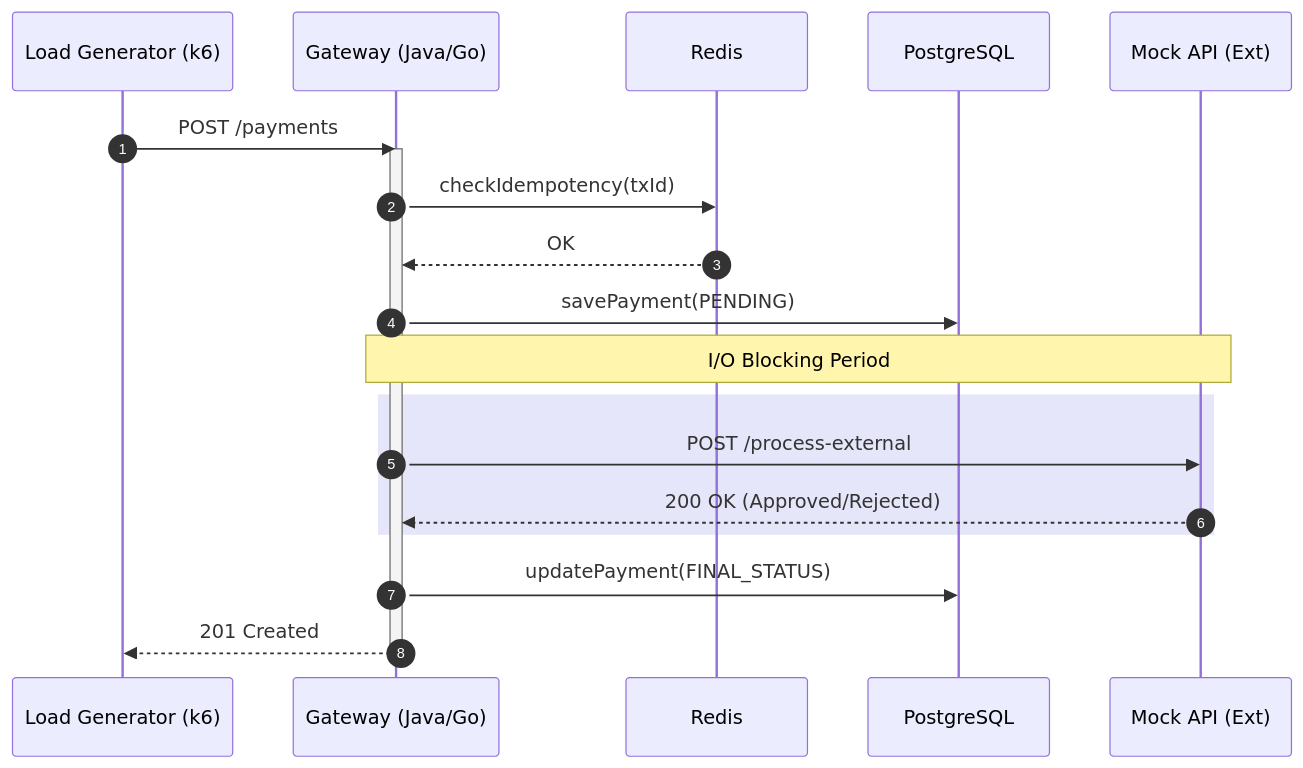
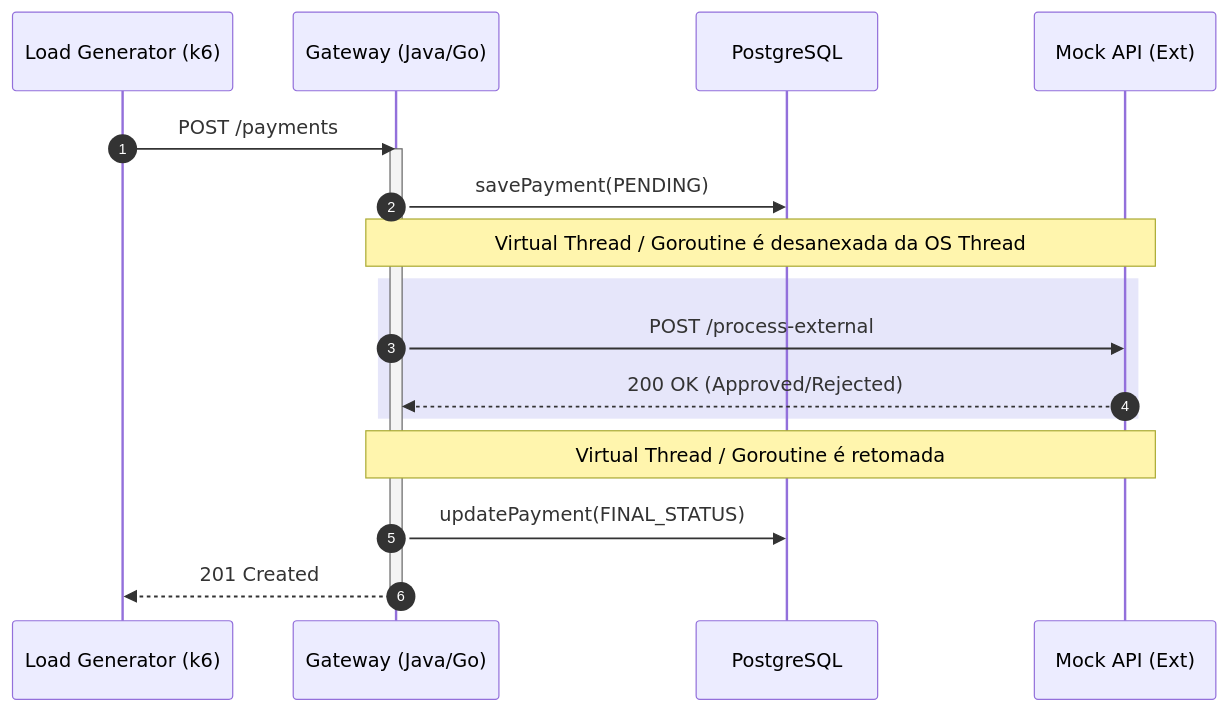
One commit to felippesouza/tcc-performance-comparison changed the second of 2 diagrams in README.md. Above: the diagram before and after it, drawn with Mermaid. The commit also changed other lines of this file, not shown here.

````diff
--- a/README.md
+++ b/README.md
@@ -28,25 +38,23 @@
 ```mermaid
 sequenceDiagram
     autonumber
     participant C as Load Generator (k6)
     participant G as Gateway (Java/Go)
-    participant R as Redis
     participant DB as PostgreSQL
     participant M as Mock API (Ext)
 
     C->>G: POST /payments
     activate G
-    G->>R: checkIdempotency(txId)
-    R-->>G: OK
     G->>DB: savePayment(PENDING)
     
-    Note over G,M: I/O Blocking Period
+    Note over G,M: Virtual Thread / Goroutine é desanexada da OS Thread
     rect rgb(230, 230, 250)
         G->>M: POST /process-external
         M-->>G: 200 OK (Approved/Rejected)
     end
+    Note over G,M: Virtual Thread / Goroutine é retomada
 
     G->>DB: updatePayment(FINAL_STATUS)
     G-->>C: 201 Created
     deactivate G
 ```
````
